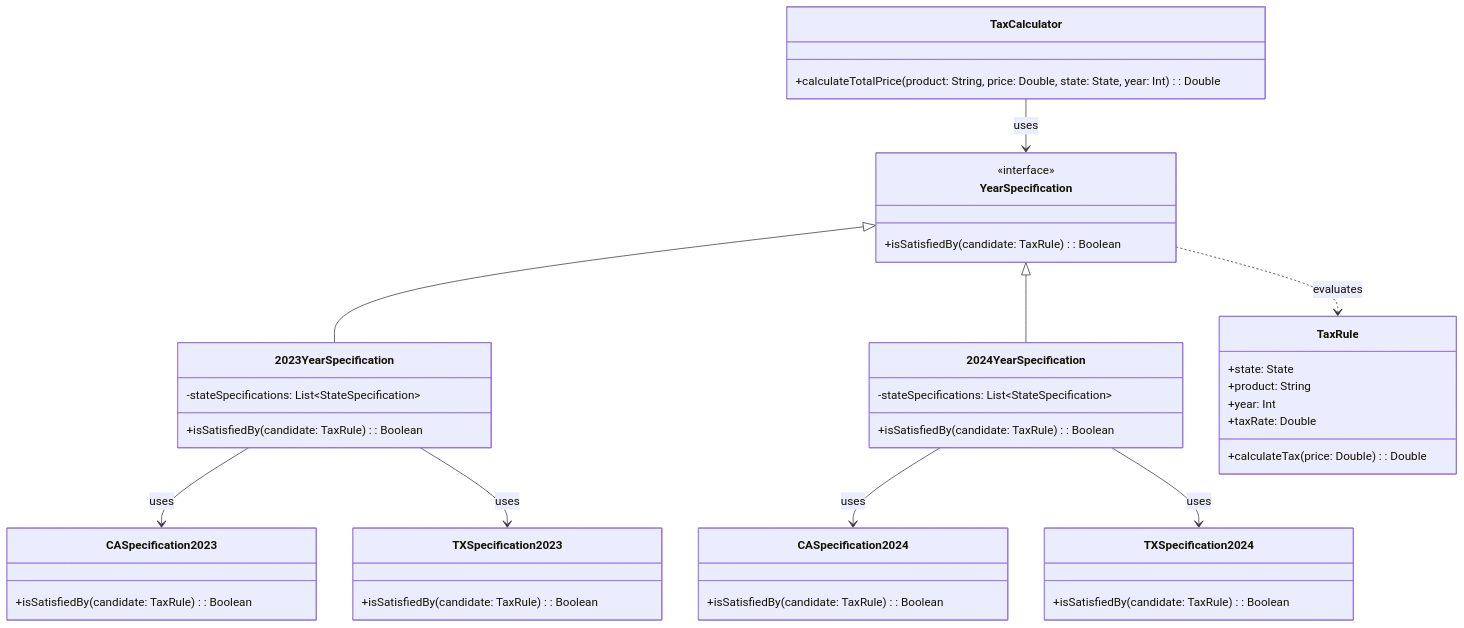
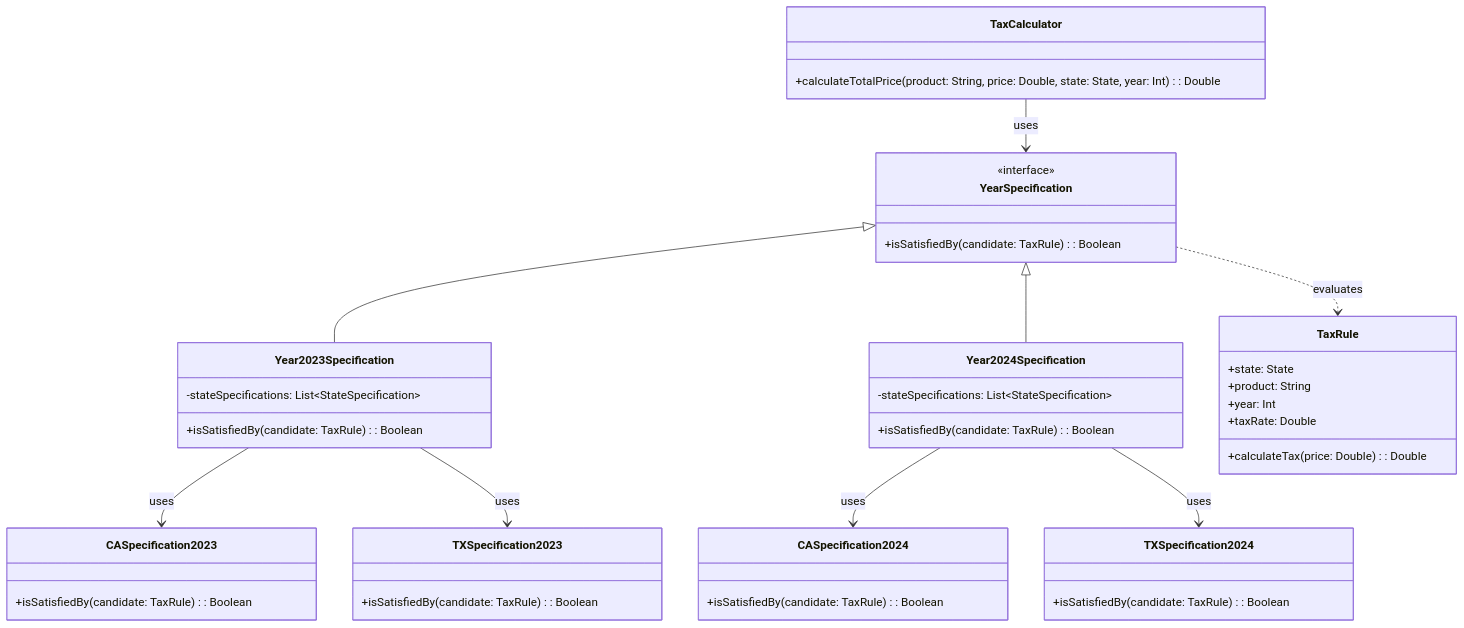
Before and after one commit to rbleggi/tech-pocs: the diagram in kotlin/tax-system/README.md, drawn with Mermaid.

Commit message:
fix kotlin tax-system readme diagram class names

````diff
--- a/kotlin/tax-system/README.md
+++ b/kotlin/tax-system/README.md
@@ -19,57 +19,57 @@
 ```mermaid
 classDiagram
 
    class YearSpecification {
       <<interface>>
       +isSatisfiedBy(candidate: TaxRule): Boolean
    }
 
-   class 2023YearSpecification {
+   class Year2023Specification {
       -stateSpecifications: List~StateSpecification~
       +isSatisfiedBy(candidate: TaxRule): Boolean
    }
 
-   class 2024YearSpecification {
+   class Year2024Specification {
       -stateSpecifications: List~StateSpecification~
       +isSatisfiedBy(candidate: TaxRule): Boolean
    }
 
    class CASpecification2023 {
       +isSatisfiedBy(candidate: TaxRule): Boolean
    }
 
    class TXSpecification2023 {
       +isSatisfiedBy(candidate: TaxRule): Boolean
    }
 
    class CASpecification2024 {
       +isSatisfiedBy(candidate: TaxRule): Boolean
    }
 
    class TXSpecification2024 {
       +isSatisfiedBy(candidate: TaxRule): Boolean
    }
 
    class TaxRule {
       +state: State
       +product: String
       +year: Int
       +taxRate: Double
       +calculateTax(price: Double): Double
    }
 
    class TaxCalculator {
       +calculateTotalPrice(product: String, price: Double, state: State, year: Int): Double
    }
 
-   YearSpecification <|-- 2023YearSpecification
-   YearSpecification <|-- 2024YearSpecification
+   YearSpecification <|-- Year2023Specification
+   YearSpecification <|-- Year2024Specification
 
-   2023YearSpecification --> CASpecification2023 : uses
-   2023YearSpecification --> TXSpecification2023 : uses
-   2024YearSpecification --> CASpecification2024 : uses
-   2024YearSpecification --> TXSpecification2024 : uses
+   Year2023Specification --> CASpecification2023 : uses
+   Year2023Specification --> TXSpecification2023 : uses
+   Year2024Specification --> CASpecification2024 : uses
+   Year2024Specification --> TXSpecification2024 : uses
 
    TaxCalculator --> YearSpecification : uses
    YearSpecification ..> TaxRule : evaluates
 ```
````
